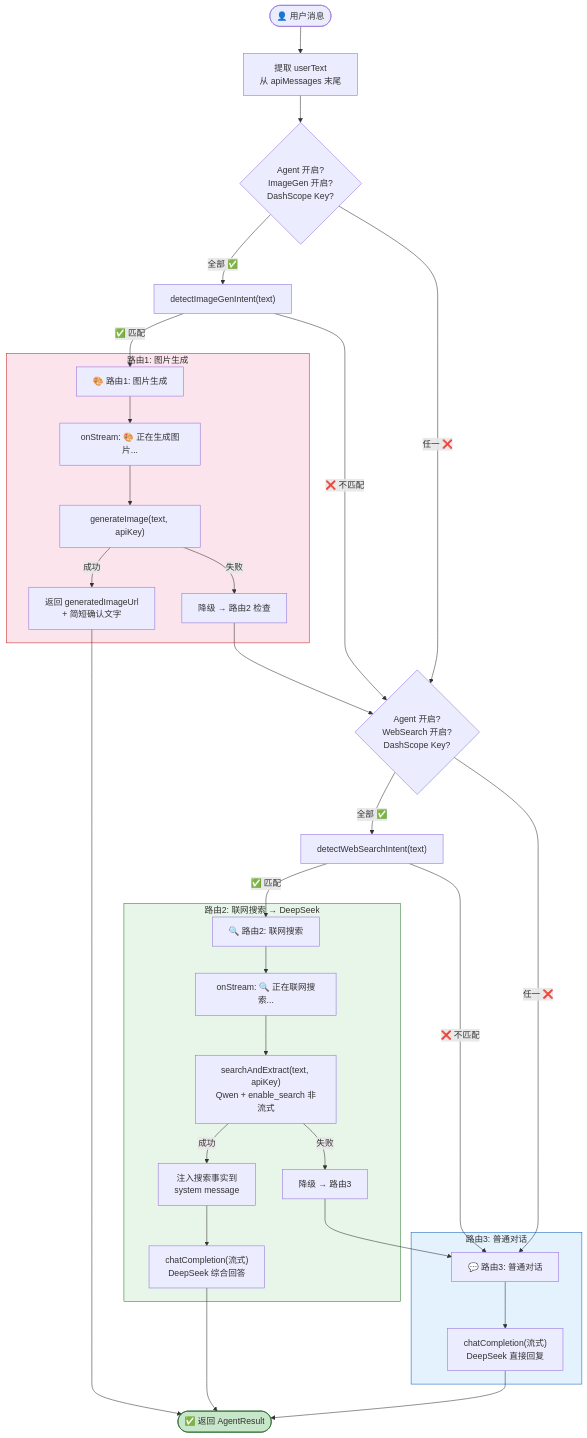
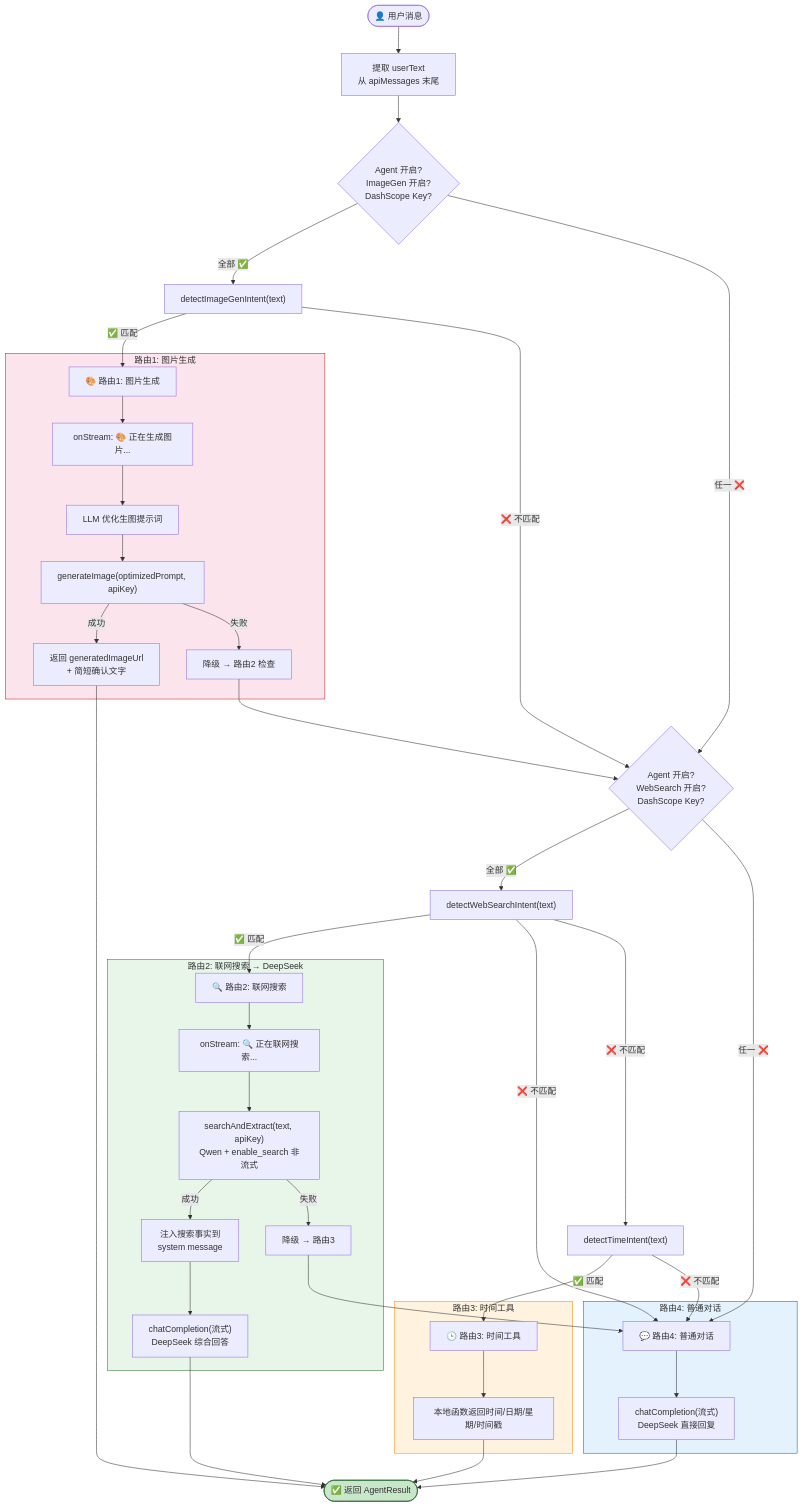
Before and after one commit to jitok123/AI-Assistant-Anywhere: the first of 5 diagrams in 架构文档/log9_agent_routing.md, drawn with Mermaid. The commit also changed other lines of this file and 10 other files, not shown here.

Commit message:
V1.7 feat: 添加统一错误处理和 API 版本配置，优化图片生成提示词

````diff
--- a/架构文档/log9_agent_routing.md
+++ b/架构文档/log9_agent_routing.md
@@ -9,53 +9,62 @@
 ```mermaid
 flowchart TD
     START(["👤 用户消息"]) --> EXTRACT["提取 userText<br/>从 apiMessages 末尾"]
     
     EXTRACT --> CHK1{"Agent 开启?<br/>ImageGen 开启?<br/>DashScope Key?"}
     
     CHK1 -->|"全部 ✅"| IMG_DET["detectImageGenIntent(text)"]
     CHK1 -->|"任一 ❌"| CHK2
 
     IMG_DET -->|"✅ 匹配"| IMG_ROUTE["🎨 路由1: 图片生成"]
     IMG_DET -->|"❌ 不匹配"| CHK2
 
     CHK2{"Agent 开启?<br/>WebSearch 开启?<br/>DashScope Key?"}
     
     CHK2 -->|"全部 ✅"| SEARCH_DET["detectWebSearchIntent(text)"]
     CHK2 -->|"任一 ❌"| NORMAL
 
     SEARCH_DET -->|"✅ 匹配"| SEARCH_ROUTE["🔍 路由2: 联网搜索"]
     SEARCH_DET -->|"❌ 不匹配"| NORMAL
 
-    NORMAL["💬 路由3: 普通对话"]
+    SEARCH_DET -->|"❌ 不匹配"| TIME_DET["detectTimeIntent(text)"]
+    TIME_DET -->|"✅ 匹配"| TIME_ROUTE["🕒 路由3: 时间工具"]
+    TIME_DET -->|"❌ 不匹配"| NORMAL["💬 路由4: 普通对话"]
 
     subgraph R1["路由1: 图片生成"]
         IMG_ROUTE --> IMG_STREAM["onStream: 🎨 正在生成图片..."]
-        IMG_STREAM --> IMG_CALL["generateImage(text, apiKey)"]
+        IMG_STREAM --> IMG_OPT["LLM 优化生图提示词"]
+        IMG_OPT --> IMG_CALL["generateImage(optimizedPrompt, apiKey)"]
         IMG_CALL -->|"成功"| IMG_OK["返回 generatedImageUrl<br/>+ 简短确认文字"]
         IMG_CALL -->|"失败"| IMG_FALL["降级 → 路由2 检查"]
     end
 
     subgraph R2["路由2: 联网搜索 → DeepSeek"]
         SEARCH_ROUTE --> S_STREAM["onStream: 🔍 正在联网搜索..."]
         S_STREAM --> S_EXTRACT["searchAndExtract(text, apiKey)<br/>Qwen + enable_search 非流式"]
         S_EXTRACT -->|"成功"| S_INJECT["注入搜索事实到<br/>system message"]
         S_INJECT --> S_DEEPSEEK["chatCompletion(流式)<br/>DeepSeek 综合回答"]
         S_EXTRACT -->|"失败"| S_FALL["降级 → 路由3"]
     end
 
-    subgraph R3["路由3: 普通对话"]
+    subgraph R3["路由3: 时间工具"]
+        TIME_ROUTE --> TIME_LOCAL["本地函数返回时间/日期/星期/时间戳"]
+    end
+
+    subgraph R4["路由4: 普通对话"]
         NORMAL --> DS_CALL["chatCompletion(流式)<br/>DeepSeek 直接回复"]
     end
 
     IMG_FALL --> CHK2
     S_FALL --> NORMAL
 
     IMG_OK --> DONE(["✅ 返回 AgentResult"])
     S_DEEPSEEK --> DONE
+    TIME_LOCAL --> DONE
     DS_CALL --> DONE
 
     style R1 fill:#FCE4EC,stroke:#C62828
     style R2 fill:#E8F5E9,stroke:#2E7D32
-    style R3 fill:#E3F2FD,stroke:#1565C0
+    style R3 fill:#FFF3E0,stroke:#FB8C00
+    style R4 fill:#E3F2FD,stroke:#1565C0
     style DONE fill:#C8E6C9,stroke:#1B5E20
 ```
````
